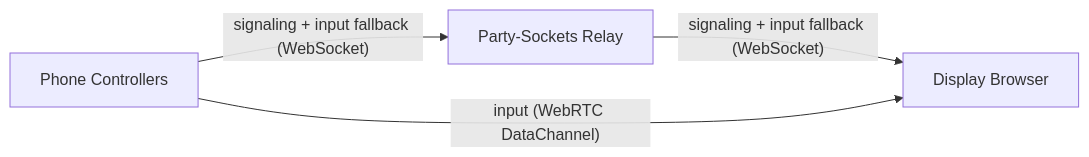
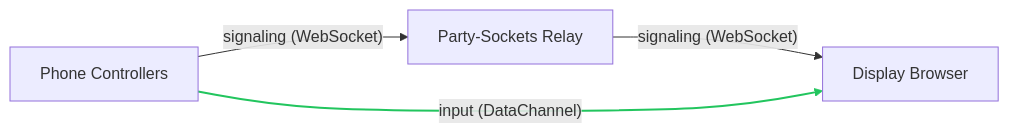
Before and after one commit to tim4724/HexStacker-Party: the diagram in README.md, drawn with Mermaid.

Commit message:
docs(readme): simplify diagram labels and highlight DataChannel in green

````diff
--- a/README.md
+++ b/README.md
@@ -17,6 +17,7 @@
 ```mermaid
 graph LR
-    P[Phone Controllers] -- "signaling + input fallback (WebSocket)" --> R[Party-Sockets Relay]
-    R -- "signaling + input fallback (WebSocket)" --> D[Display Browser]
-    P -- "input (WebRTC DataChannel)" --> D
+    P[Phone Controllers] -- "signaling (WebSocket)" --> R[Party-Sockets Relay]
+    R -- "signaling (WebSocket)" --> D[Display Browser]
+    P -- "input (DataChannel)" --> D
+    linkStyle 2 stroke:#22c55e,stroke-width:2px
 ```
````
